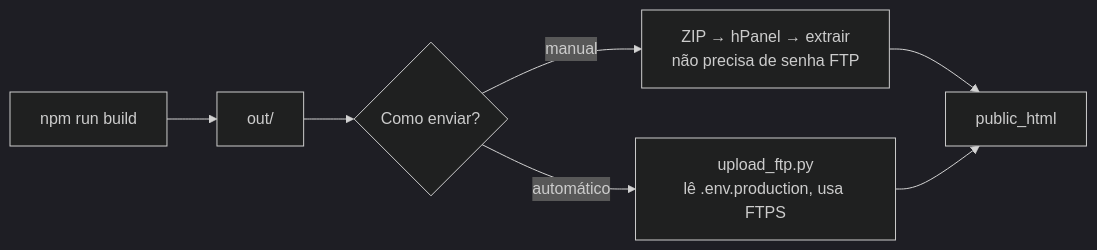
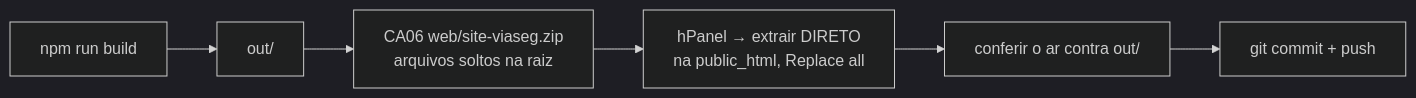
One commit to ivanconsultor/viaseg changed the fifth of 5 diagrams in ARQUITETURA.md. Above: the diagram before and after it, drawn with Mermaid (dark theme). The commit also changed other lines of this file and 5 other files, not shown here.

````diff
--- a/ARQUITETURA.md
+++ b/ARQUITETURA.md
@@ -437,9 +459,8 @@
 ```mermaid
 flowchart LR
     A["npm run build"] --> B["out/"]
-    B --> C{"Como enviar?"}
-    C -->|manual| D["ZIP → hPanel → extrair<br/>não precisa de senha FTP"]
-    C -->|automático| E["upload_ftp.py<br/>lê .env.production, usa FTPS"]
-    D --> F["public_html"]
-    E --> F
+    B --> Z["CA06 web/site-viaseg.zip<br/>arquivos soltos na raiz"]
+    Z --> F["hPanel → extrair DIRETO<br/>na public_html, Replace all"]
+    F --> C["conferir o ar contra out/"]
+    C --> G["git commit + push"]
 ```
````
